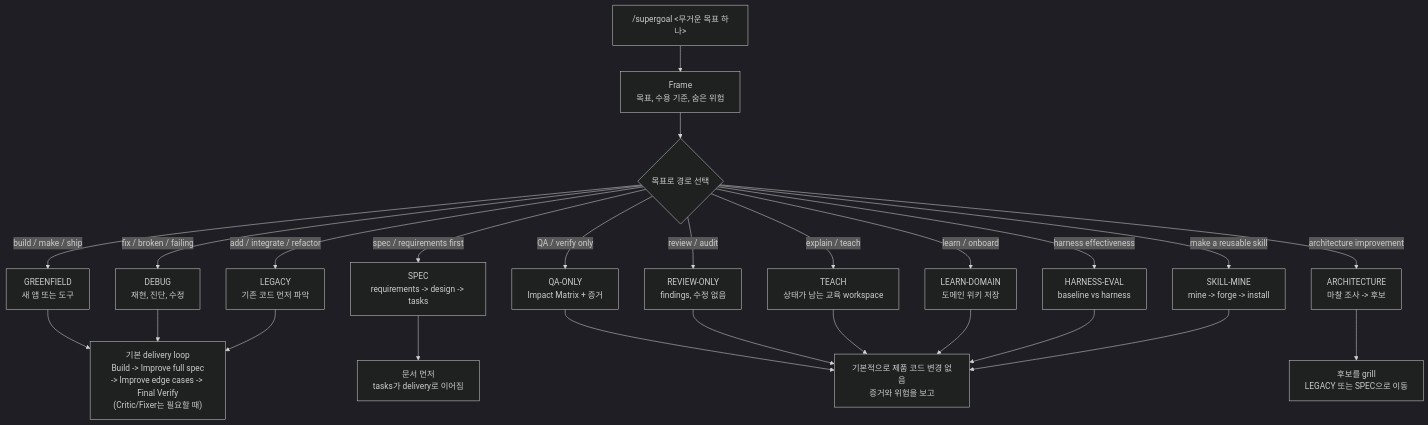
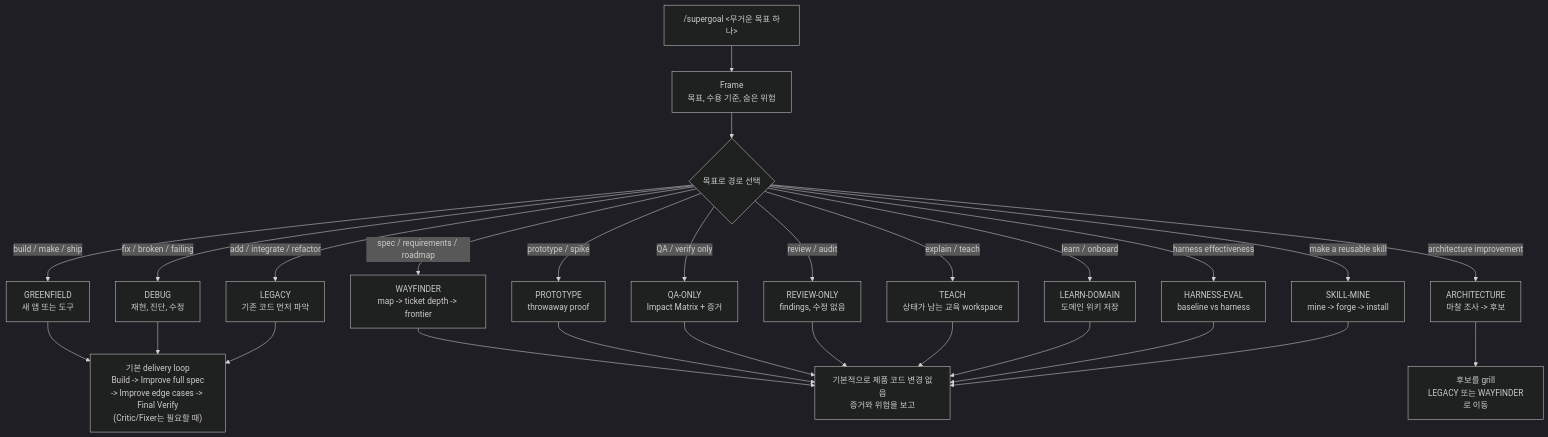
One commit to cskwork/supergoal-skill changed the diagram in README.ko.md. Above: the diagram before and after it, drawn with Mermaid (dark theme). The commit also changed other lines of this file and 21 other files, not shown here.

Commit message:
feat: add wayfinder prototype and research routes

````diff
--- a/README.ko.md
+++ b/README.ko.md
@@ -68,31 +68,33 @@
 ```mermaid
 flowchart TD
     A["/supergoal <무거운 목표 하나>"] --> B["Frame<br/>목표, 수용 기준, 숨은 위험"]
     B --> C{"목표로 경로 선택"}
 
     C -->|"build / make / ship"| GREENFIELD["GREENFIELD<br/>새 앱 또는 도구"]
     C -->|"fix / broken / failing"| DEBUG["DEBUG<br/>재현, 진단, 수정"]
     C -->|"add / integrate / refactor"| LEGACY["LEGACY<br/>기존 코드 먼저 파악"]
-    C -->|"spec / requirements first"| SPEC["SPEC<br/>requirements -> design -> tasks"]
+    C -->|"spec / requirements / roadmap"| WAYFINDER["WAYFINDER<br/>map -> ticket depth -> frontier"]
+    C -->|"prototype / spike"| PROTOTYPE["PROTOTYPE<br/>throwaway proof"]
     C -->|"QA / verify only"| QAONLY["QA-ONLY<br/>Impact Matrix + 증거"]
     C -->|"review / audit"| REVIEW["REVIEW-ONLY<br/>findings, 수정 없음"]
     C -->|"architecture improvement"| ARCHITECTURE["ARCHITECTURE<br/>마찰 조사 -> 후보"]
     C -->|"explain / teach"| TEACH["TEACH<br/>상태가 남는 교육 workspace"]
     C -->|"learn / onboard"| LEARN["LEARN-DOMAIN<br/>도메인 위키 저장"]
     C -->|"harness effectiveness"| HARNESS["HARNESS-EVAL<br/>baseline vs harness"]
     C -->|"make a reusable skill"| SKILLMINE["SKILL-MINE<br/>mine -> forge -> install"]
 
     GREENFIELD --> LOOP["기본 delivery loop<br/>Build -> Improve full spec<br/>-> Improve edge cases -> Final Verify<br/>(Critic/Fixer는 필요할 때)"]
     DEBUG --> LOOP
     LEGACY --> LOOP
 
-    SPEC --> DOCS["문서 먼저<br/>tasks가 delivery로 이어짐"]
-    ARCHITECTURE --> PICK["후보를 grill<br/>LEGACY 또는 SPEC으로 이동"]
+    WAYFINDER --> REPORT
+    PROTOTYPE --> REPORT
+    ARCHITECTURE --> PICK["후보를 grill<br/>LEGACY 또는 WAYFINDER로 이동"]
 
     QAONLY --> REPORT["기본적으로 제품 코드 변경 없음<br/>증거와 위험을 보고"]
     REVIEW --> REPORT
     TEACH --> REPORT
     LEARN --> REPORT
     HARNESS --> REPORT
     SKILLMINE --> REPORT
 ```
````
